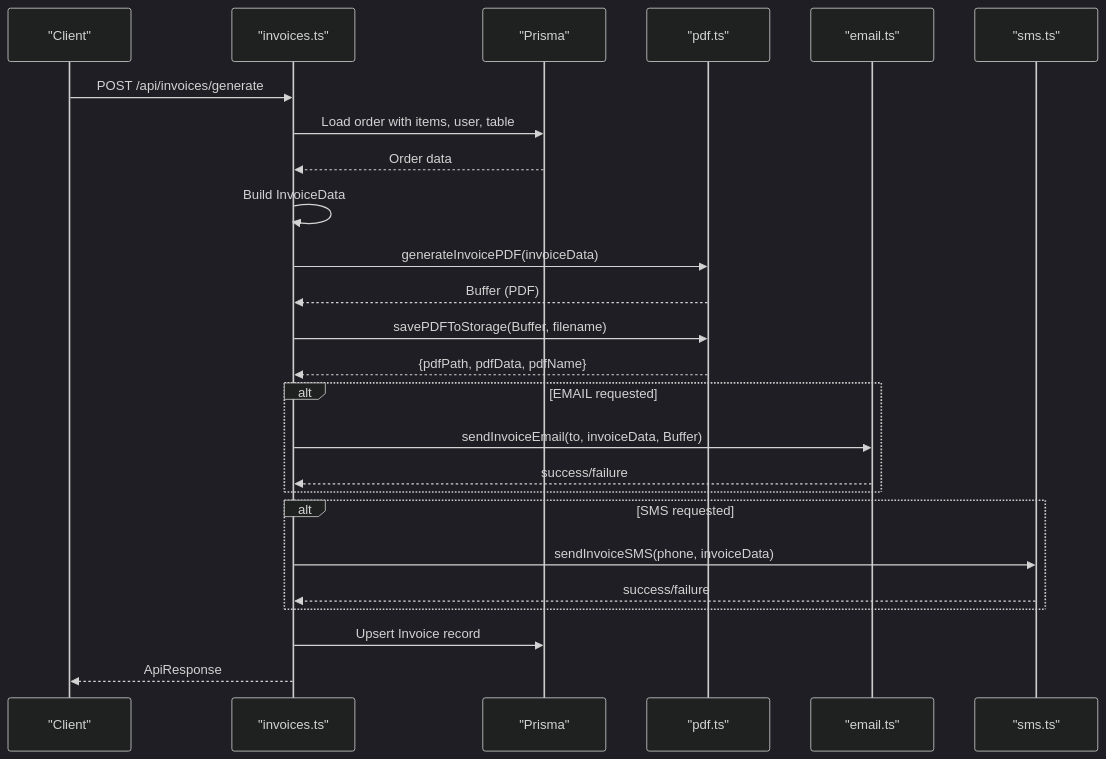
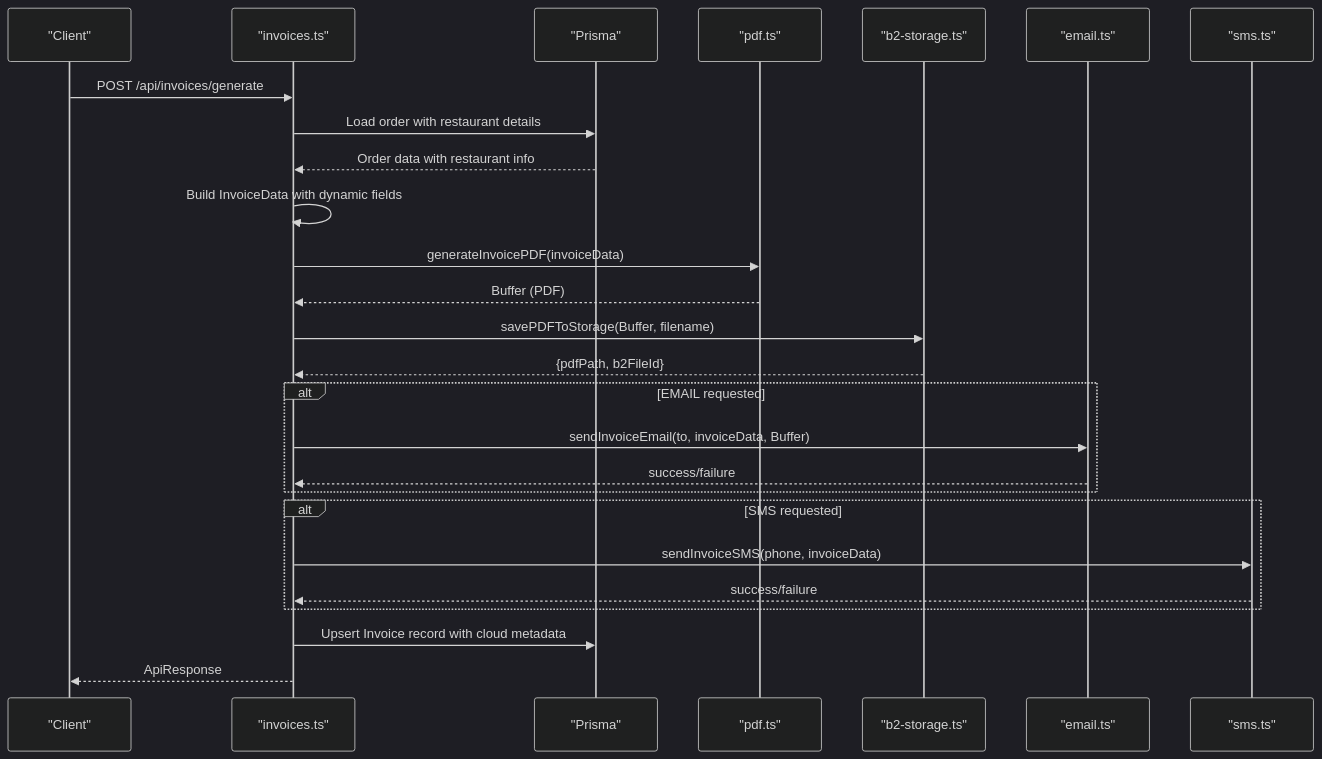
One commit to Dequeue-Tech/DeQ-Bite changed the second of 3 diagrams in .qoder/repowiki/en/content/Document Generation/PDF Invoice Generation.md. Above: the diagram before and after it, drawn with Mermaid (dark theme). The commit also changed other lines of this file and 8 other files, not shown here.

````diff
--- a/.qoder/repowiki/en/content/Document Generation/PDF Invoice Generation.md
+++ b/.qoder/repowiki/en/content/Document Generation/PDF Invoice Generation.md
@@ -111,27 +128,28 @@
 ```mermaid
 sequenceDiagram
 participant Client as "Client"
 participant Route as "invoices.ts"
 participant DB as "Prisma"
 participant PDF as "pdf.ts"
+participant B2 as "b2-storage.ts"
 participant Email as "email.ts"
 participant SMS as "sms.ts"
 Client->>Route : POST /api/invoices/generate
-Route->>DB : Load order with items, user, table
-DB-->>Route : Order data
-Route->>Route : Build InvoiceData
+Route->>DB : Load order with restaurant details
+DB-->>Route : Order data with restaurant info
+Route->>Route : Build InvoiceData with dynamic fields
 Route->>PDF : generateInvoicePDF(invoiceData)
 PDF-->>Route : Buffer (PDF)
-Route->>PDF : savePDFToStorage(Buffer, filename)
-PDF-->>Route : {pdfPath, pdfData, pdfName}
+Route->>B2 : savePDFToStorage(Buffer, filename)
+B2-->>Route : {pdfPath, b2FileId}
 alt EMAIL requested
 Route->>Email : sendInvoiceEmail(to, invoiceData, Buffer)
 Email-->>Route : success/failure
 end
 alt SMS requested
 Route->>SMS : sendInvoiceSMS(phone, invoiceData)
 SMS-->>Route : success/failure
 end
-Route->>DB : Upsert Invoice record
+Route->>DB : Upsert Invoice record with cloud metadata
 Route-->>Client : ApiResponse
 ```
````
